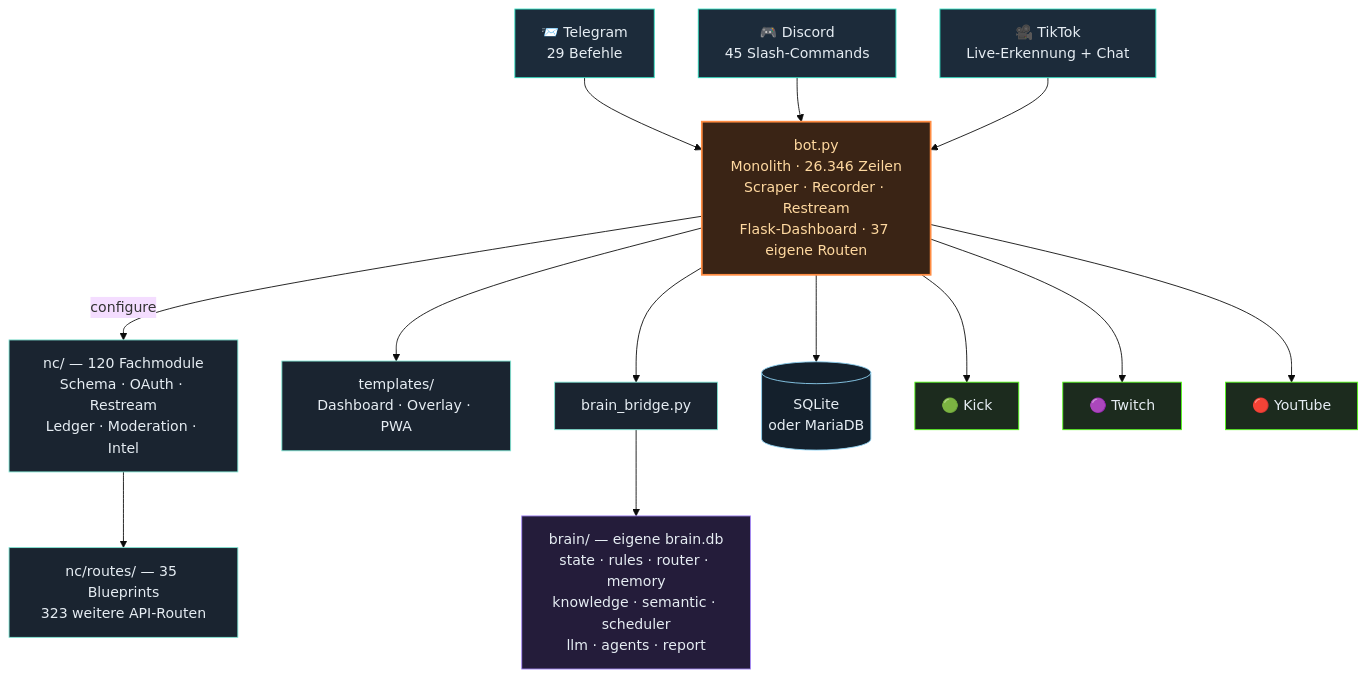
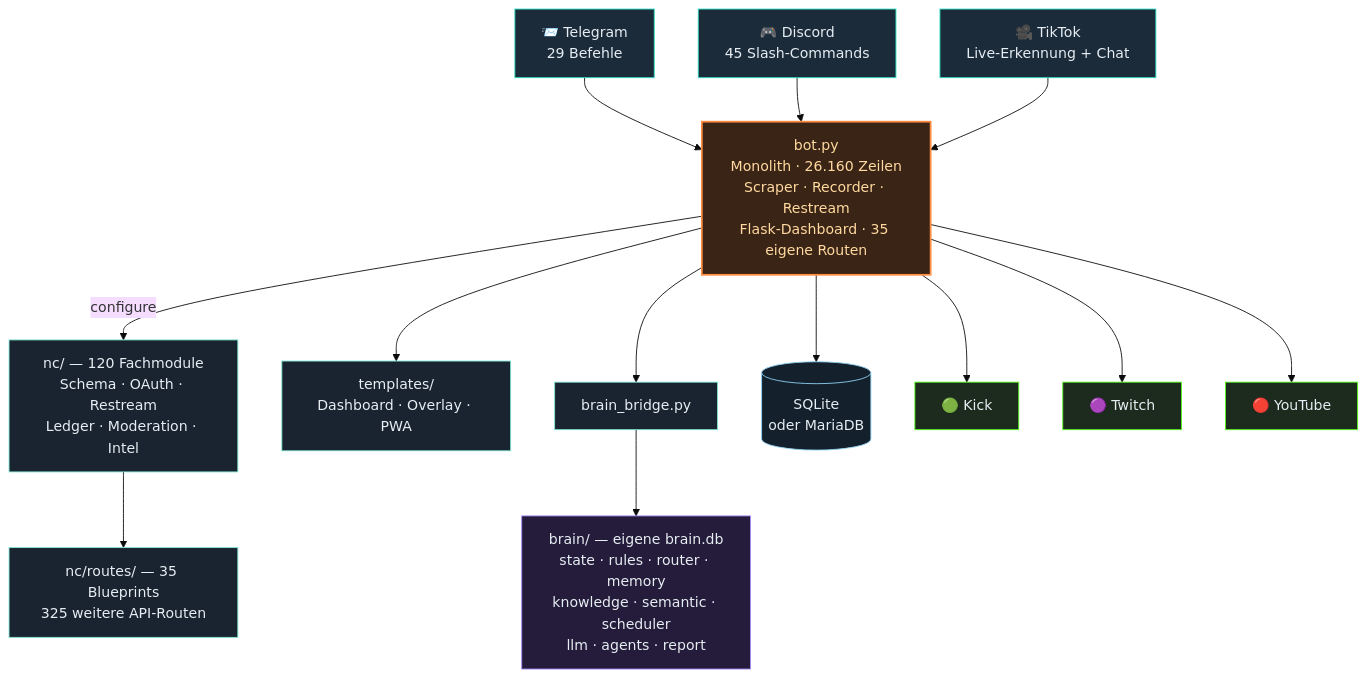
The third of 4 diagrams in README.md (itsamemedev/Telegram-Stream-Info-Bot), drawn with Mermaid (base theme) before and after one commit. The commit also changed other lines of this file and 11 other files, not shown here.

````diff
--- a/README.md
+++ b/README.md
@@ -189,30 +189,30 @@
 ```mermaid
 flowchart TB
     TG["📨 Telegram<br/>29 Befehle"]:::ein
     DC["🎮 Discord<br/>45 Slash-Commands"]:::ein
     TT["🎥 TikTok<br/>Live-Erkennung + Chat"]:::ein
 
     TG --> BOT
     DC --> BOT
     TT --> BOT
 
-    BOT["bot.py<br/>Monolith · 26.346 Zeilen<br/>Scraper · Recorder · Restream<br/>Flask-Dashboard · 37 eigene Routen"]:::core
+    BOT["bot.py<br/>Monolith · 26.160 Zeilen<br/>Scraper · Recorder · Restream<br/>Flask-Dashboard · 35 eigene Routen"]:::core
 
     BOT -->|configure| NC["nc/ — 120 Fachmodule<br/>Schema · OAuth · Restream<br/>Ledger · Moderation · Intel"]:::lib
-    NC --> RT["nc/routes/ — 35 Blueprints<br/>323 weitere API-Routen"]:::lib
+    NC --> RT["nc/routes/ — 35 Blueprints<br/>325 weitere API-Routen"]:::lib
     BOT --> TPL["templates/<br/>Dashboard · Overlay · PWA"]:::lib
     BOT --> BR["brain_bridge.py"]:::lib
     BR --> BRAIN["brain/ — eigene brain.db<br/>state · rules · router · memory<br/>knowledge · semantic · scheduler<br/>llm · agents · report"]:::brain
     BOT --> DB[("SQLite<br/>oder MariaDB")]:::db
 
     BOT --> KICK["🟢 Kick"]:::out
     BOT --> TW["🟣 Twitch"]:::out
     BOT --> YT["🔴 YouTube"]:::out
 
     classDef ein fill:#1c2b3a,stroke:#2de1c2,color:#e6edf3
     classDef core fill:#3a2415,stroke:#ff8c42,stroke-width:2px,color:#ffd9a0
     classDef lib fill:#1a2430,stroke:#7fe7d4,color:#e6edf3
     classDef brain fill:#241c3a,stroke:#a78bfa,color:#e6edf3
     classDef db fill:#14202c,stroke:#8fd3f4,color:#e6edf3
     classDef out fill:#1c2b1e,stroke:#53fc18,color:#e6edf3
 ```
````
